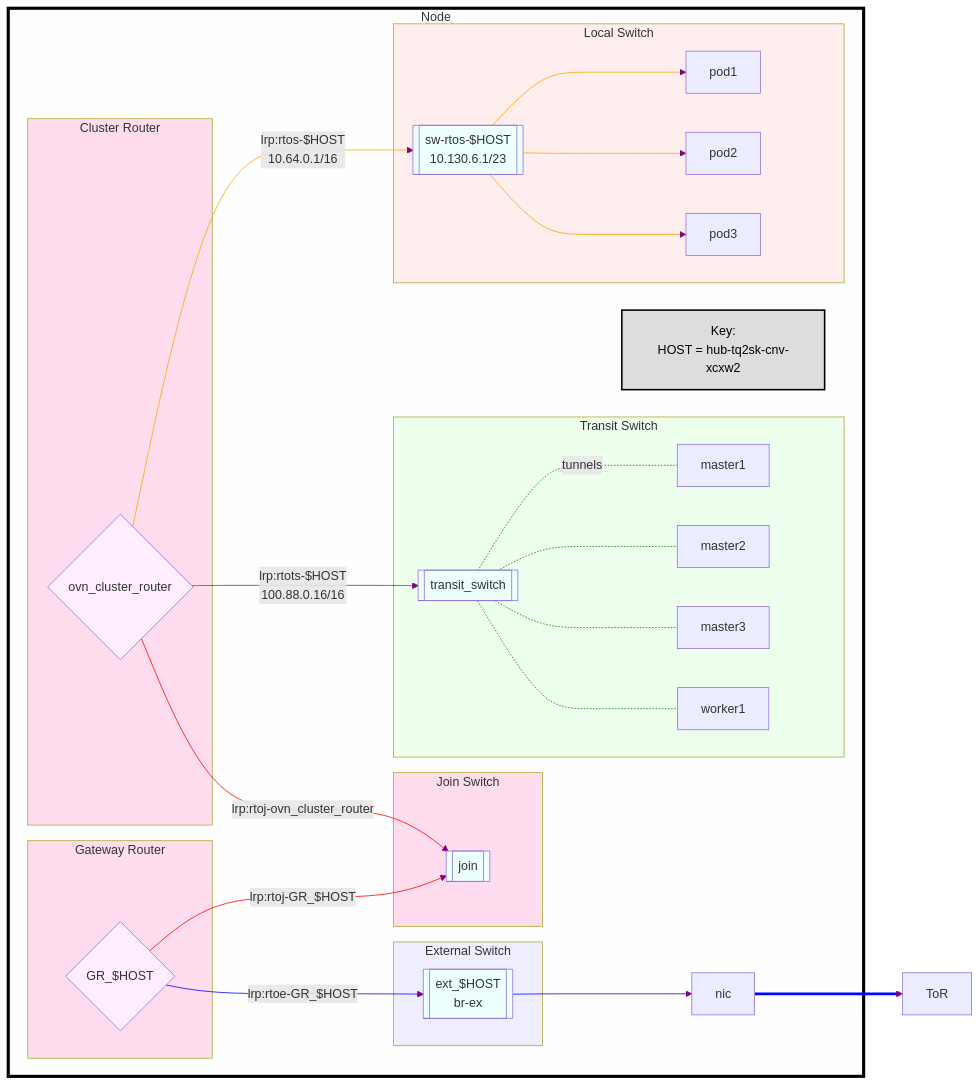
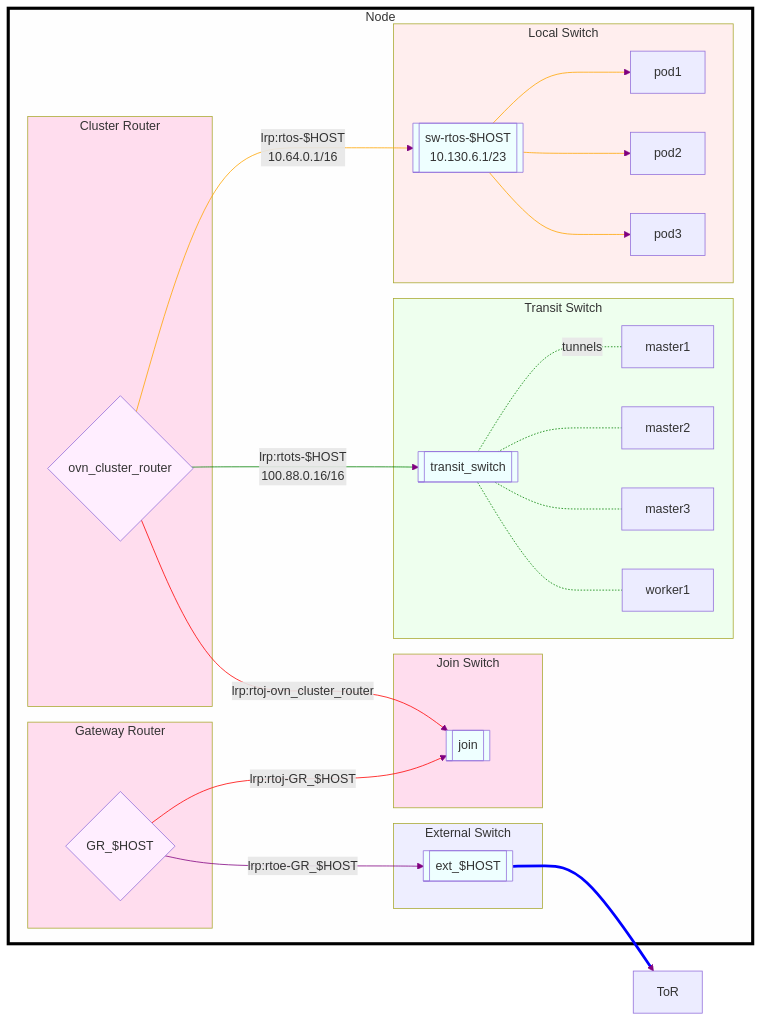
One commit to dlbewley/demo-virt changed the fourth of 5 diagrams in networking/diagram.md. Above: the diagram before and after it, drawn with Mermaid. The commit also changed other lines of this file, not shown here.

Commit message:
update wip diagram edge colors

````diff
--- a/networking/diagram.md
+++ b/networking/diagram.md
@@ -386,16 +387,11 @@
 graph LR;
 
 subgraph Node
-  hostname["Key:\nHOST = hub-tq2sk-cnv-xcxw2"]
 
 
-  nic
-
   subgraph ext_hub-tq2sk-cnv-xcxw2["External Switch"]
-    sw-ext[[ext_$HOST\n br-ex]]
+    sw-ext[[ext_$HOST]]
   end
-
-  sw-ext --> nic
 
   subgraph join["Join Switch"]
     sw-join[[join]]
@@ -430,7 +426,7 @@
   end
 
   end
-  nic ==> ToR
+  sw-ext ==> ToR
 
 
   classDef key fill:#ddd, color:black, stroke:black, stroke-width:2
@@ -460,10 +456,8 @@
   class sw-join,sw-transit,sw-local,sw-ext switch
 
   linkStyle default stroke:purple
-  linkStyle 0,2,13 stroke:blue
-  linkStyle 1,12 stroke:red
-  linkStyle 3,4,5,6 stroke:green
-  linkStyle 7,8,9,10 stroke:orange
-  linkStyle 11 stroke:green
-
+  linkStyle 12 stroke:blue
+  linkStyle 0,11 stroke:red
+  linkStyle 2,3,4,5,10 stroke:green
+  linkStyle 6,7,8,9 stroke:orange
 ```
````
